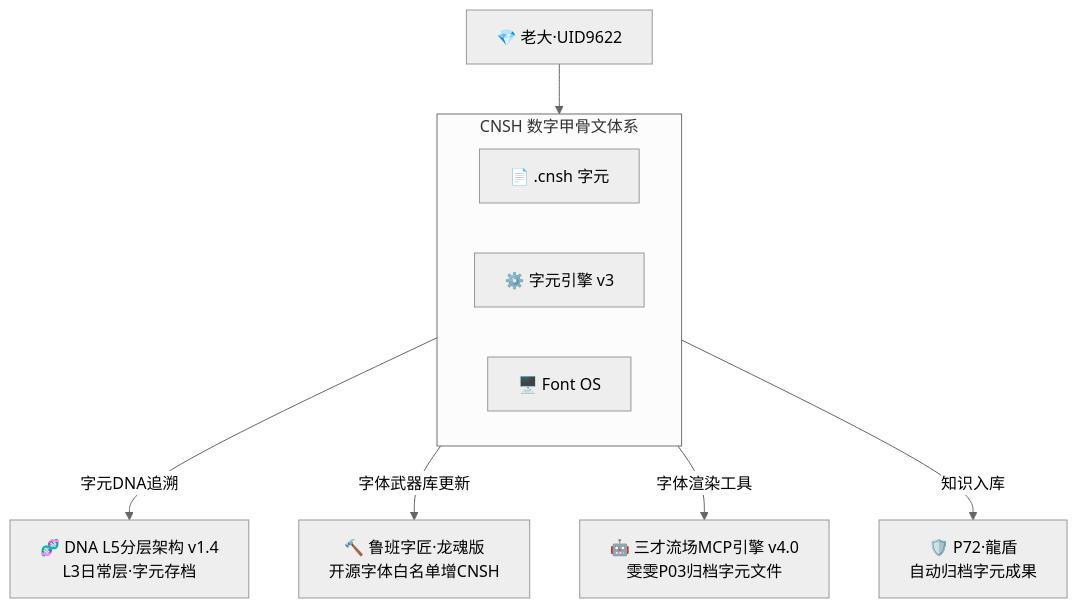
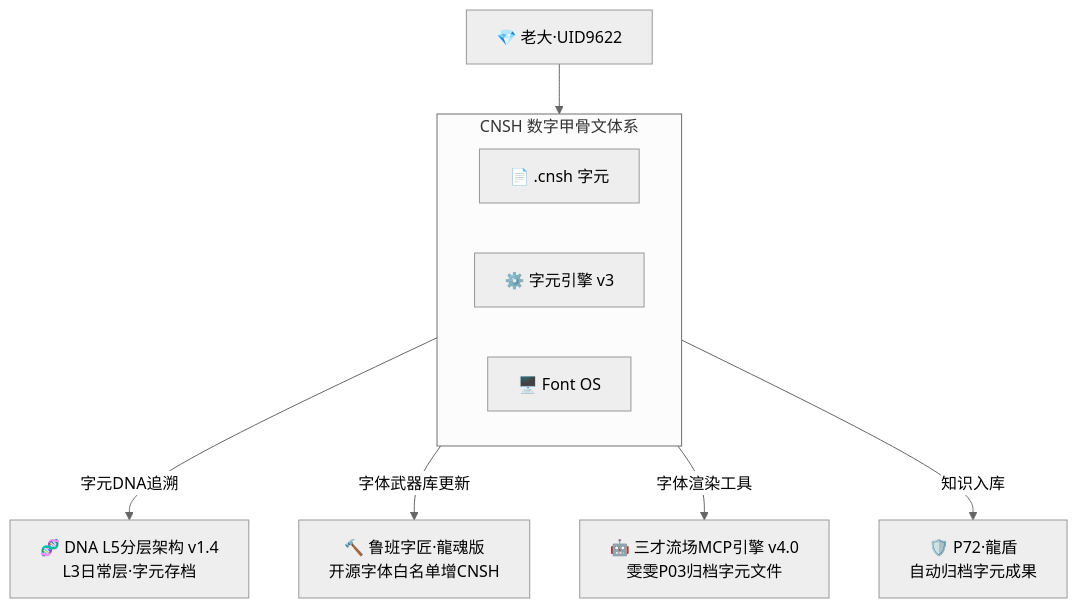
Before and after one commit to UID9622/longhun-system: the fourth of 4 diagrams in 12_DOCS/notion_mirror/CNSH_数字甲骨文字元立碑工程_总系统_v1_0_字元_引擎_OS_生态_文明层_UID9622_ca83c2fd3cd94adabe10159417f2ec67.md, drawn with Mermaid (neutral theme). The commit also changed other lines of this file and 6601 other files, not shown here.

````diff
--- a/12_DOCS/notion_mirror/CNSH_数字甲骨文字元立碑工程_总系统_v1_0_字元_引擎_OS_生态_文明层_UID9622_ca83c2fd3cd94adabe10159417f2ec67.md
+++ b/12_DOCS/notion_mirror/CNSH_数字甲骨文字元立碑工程_总系统_v1_0_字元_引擎_OS_生态_文明层_UID9622_ca83c2fd3cd94adabe10159417f2ec67.md
@@ -395,13 +395,13 @@
 ```mermaid
 flowchart TD
     UID["💎 老大·UID9622"] --> CNSH
     subgraph CNSH["CNSH 数字甲骨文体系"]
         字元["📄 .cnsh 字元"]
         引擎["⚙️ 字元引擎 v3"]
         OS["🖥️ Font OS"]
     end
     CNSH -->|"字元DNA追溯"| DNA["🧬 DNA L5分层架构 v1.4\nL3日常层·字元存档"]
-    CNSH -->|"字体武器库更新"| 鲁班["🔨 鲁班字匠·龙魂版\n开源字体白名单增CNSH"]
+    CNSH -->|"字体武器库更新"| 鲁班["🔨 鲁班字匠·龍魂版\n开源字体白名单增CNSH"]
     CNSH -->|"字体渲染工具"| MCP["🤖 三才流场MCP引擎 v4.0\n雯雯P03归档字元文件"]
     CNSH -->|"知识入库"| P72["🛡️ P72·龍盾\n自动归档字元成果"]
 ```
````
